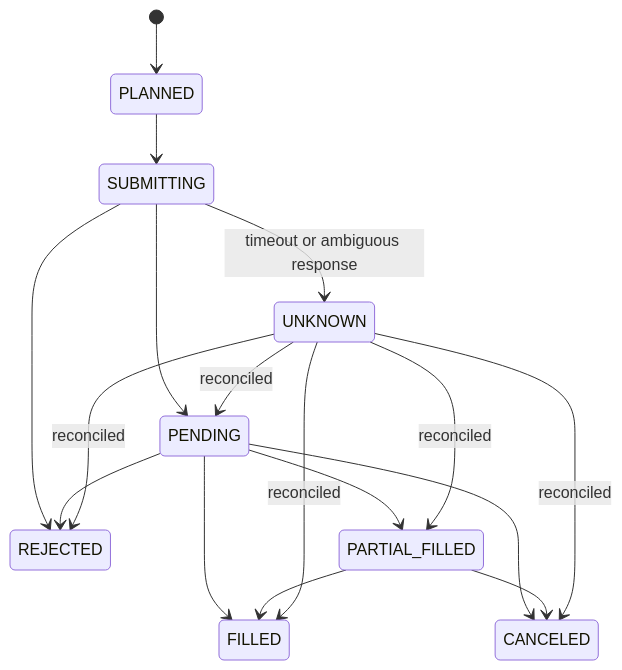
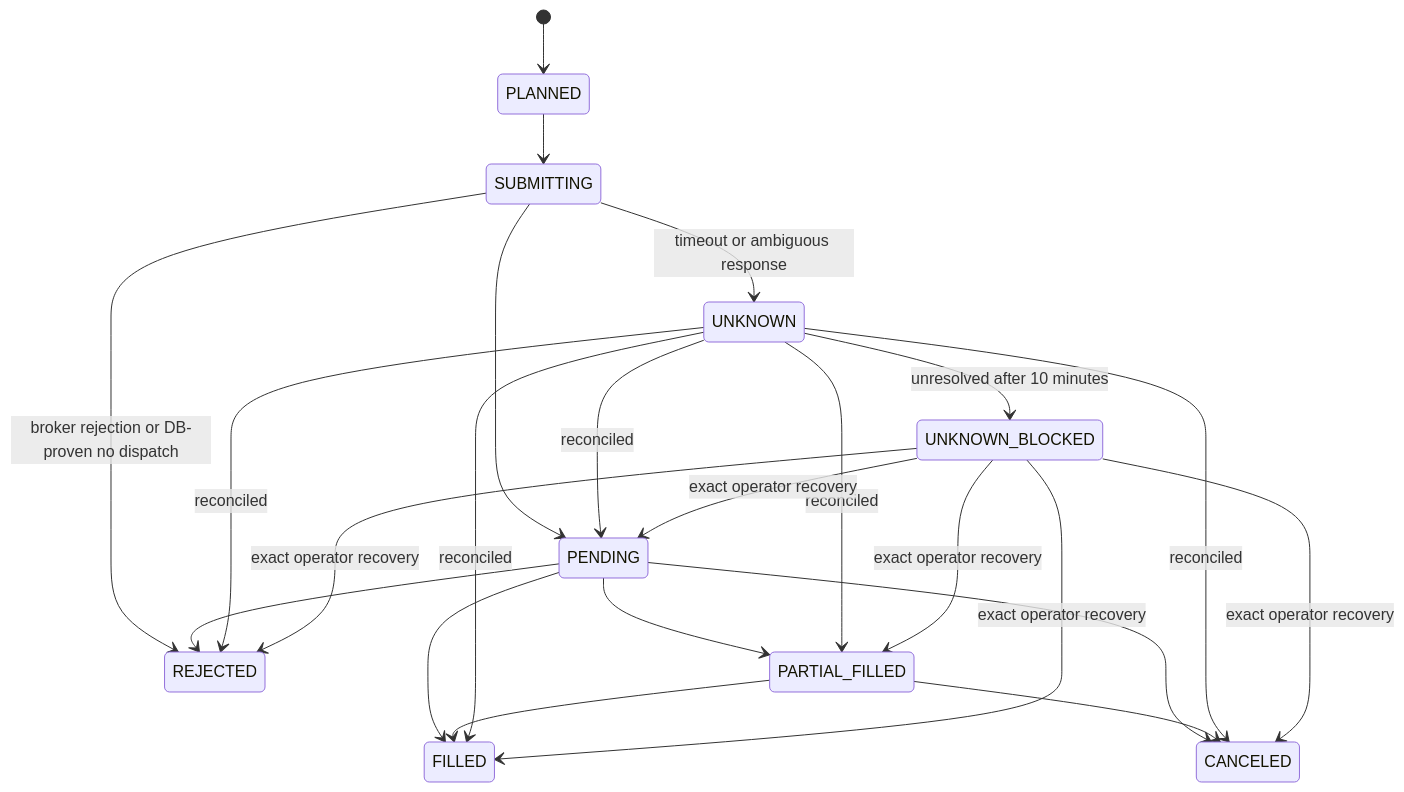
The first of 2 diagrams in docs/SPEC.md (suites/portfolio-rebalancer), drawn with Mermaid before and after one commit. The commit also changed other lines of this file and 139 other files, not shown here.

````diff
--- a/docs/SPEC.md
+++ b/docs/SPEC.md
@@ -360,19 +403,25 @@
 ```mermaid
 stateDiagram-v2
     [*] --> PLANNED
     PLANNED --> SUBMITTING
     SUBMITTING --> PENDING
-    SUBMITTING --> REJECTED
+    SUBMITTING --> REJECTED: broker rejection or DB-proven no dispatch
     SUBMITTING --> UNKNOWN: timeout or ambiguous response
     PENDING --> PARTIAL_FILLED
     PENDING --> FILLED
     PENDING --> CANCELED
     PENDING --> REJECTED
     PARTIAL_FILLED --> FILLED
     PARTIAL_FILLED --> CANCELED
     UNKNOWN --> PENDING: reconciled
     UNKNOWN --> PARTIAL_FILLED: reconciled
     UNKNOWN --> FILLED: reconciled
     UNKNOWN --> CANCELED: reconciled
     UNKNOWN --> REJECTED: reconciled
+    UNKNOWN --> UNKNOWN_BLOCKED: unresolved after 10 minutes
+    UNKNOWN_BLOCKED --> PENDING: exact operator recovery
+    UNKNOWN_BLOCKED --> PARTIAL_FILLED: exact operator recovery
+    UNKNOWN_BLOCKED --> FILLED: exact operator recovery
+    UNKNOWN_BLOCKED --> CANCELED: exact operator recovery
+    UNKNOWN_BLOCKED --> REJECTED: exact operator recovery
 ```
````
